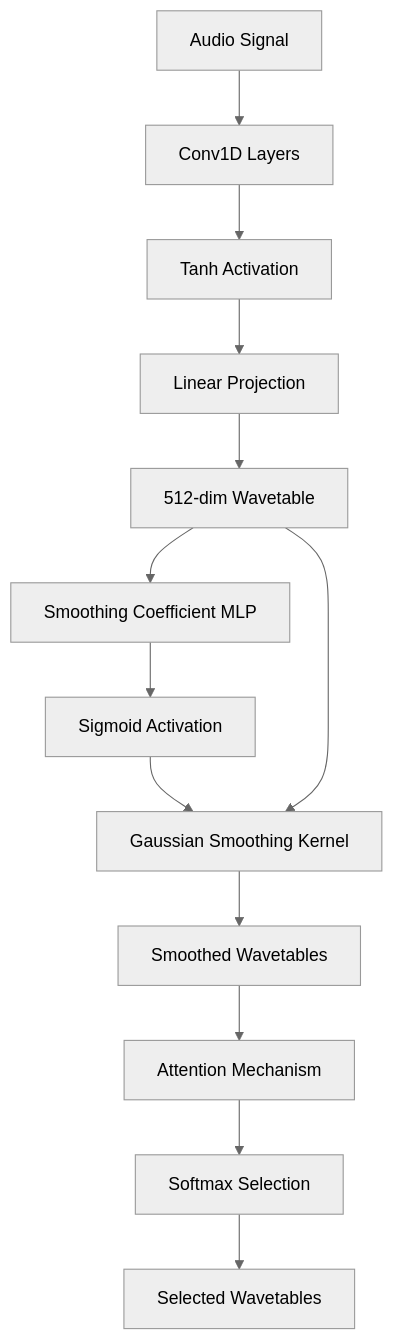
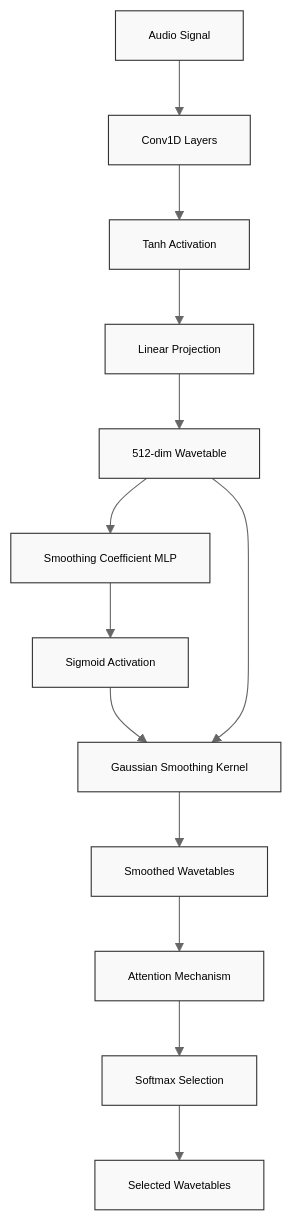
One commit to sleepturtle2/neural-synth-modeler changed the diagram in docs/wavetable-generation-processing.mmd. Above: the diagram before and after it, drawn with Mermaid (neutral theme). The commit also changed 1 other file, not shown here.

```diff
--- a/docs/wavetable-generation-processing.mmd
+++ b/docs/wavetable-generation-processing.mmd
@@ -1,15 +1,17 @@
 flowchart TD
     A[Audio Signal] --> B[Conv1D Layers]
     B --> C[Tanh Activation]
     C --> D[Linear Projection]
     D --> E[512-dim Wavetable]
     
     E --> F[Smoothing Coefficient MLP]
     F --> G[Sigmoid Activation]
     G --> H[Gaussian Smoothing Kernel]
     E --> H
     H --> I[Smoothed Wavetables]
     
     I --> J[Attention Mechanism]
     J --> K[Softmax Selection]
     K --> L[Selected Wavetables]
+    
+    classDef default fill:#f9f9f9,stroke:#333,stroke-width:1px,font-size:10px
```
